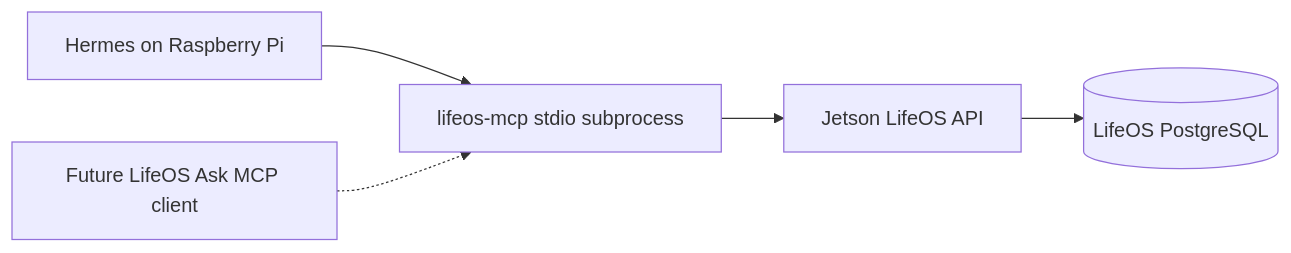
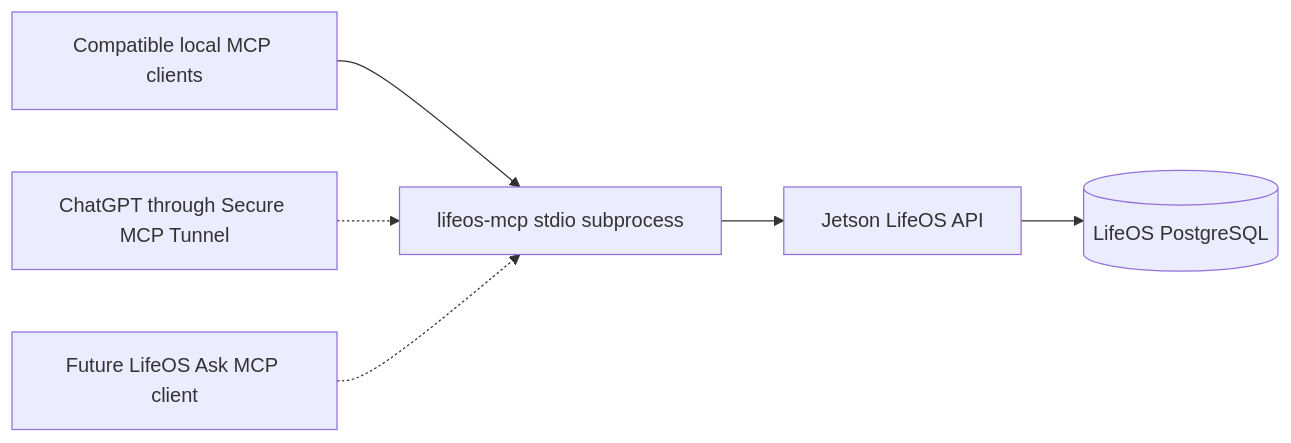
Before and after one commit to ajmalrasi/lifeos-mcp: the diagram in README.md, drawn with Mermaid. The commit also changed other lines of this file and 20 other files, not shown here.

````diff
--- a/README.md
+++ b/README.md
@@ -13,7 +15,8 @@
 ```mermaid
 flowchart LR
-    H[Hermes on Raspberry Pi] --> M[lifeos-mcp stdio subprocess]
+    H[Compatible local MCP clients] --> M[lifeos-mcp stdio subprocess]
+    C[ChatGPT through Secure MCP Tunnel] -.-> M
     A[Future LifeOS Ask MCP client] -.-> M
     M --> B[Jetson LifeOS API]
     B --> D[(LifeOS PostgreSQL)]
 ```
````
